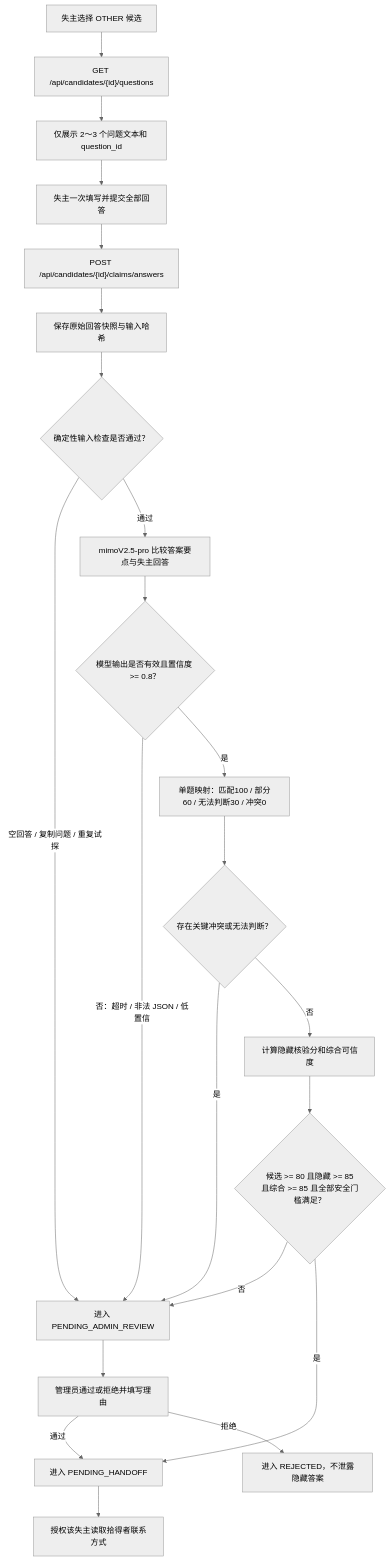
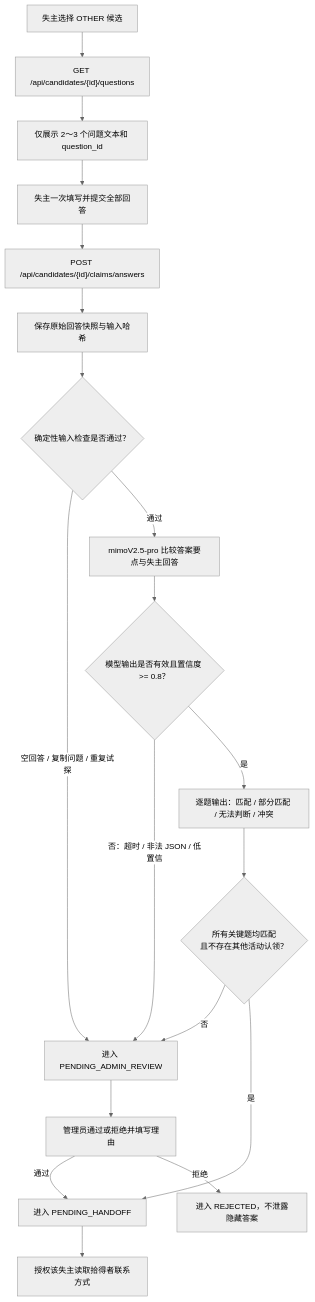
Before and after one commit to xushengyu1/day56-submission: the sixth of 11 diagrams in docs/design/end-to-end-system-design.md, drawn with Mermaid (neutral theme). The commit also changed other lines of this file and 30 other files, not shown here.

````diff
--- a/docs/design/end-to-end-system-design.md
+++ b/docs/design/end-to-end-system-design.md
@@ -708,24 +614,21 @@
 ```mermaid
 flowchart TD
     A["失主选择 OTHER 候选"] --> B["GET /api/candidates/{id}/questions"]
     B --> C["仅展示 2～3 个问题文本和 question_id"]
     C --> D["失主一次填写并提交全部回答"]
     D --> E["POST /api/candidates/{id}/claims/answers"]
     E --> F["保存原始回答快照与输入哈希"]
     F --> G{"确定性输入检查是否通过？"}
     G -- "空回答 / 复制问题 / 重复试探" --> R["进入 PENDING_ADMIN_REVIEW"]
     G -- "通过" --> H["mimoV2.5-pro 比较答案要点与失主回答"]
     H --> I{"模型输出是否有效且置信度 >= 0.8？"}
     I -- "否：超时 / 非法 JSON / 低置信" --> R
-    I -- "是" --> J["单题映射：匹配100 / 部分60 / 无法判断30 / 冲突0"]
-    J --> K{"存在关键冲突或无法判断？"}
-    K -- "是" --> R
-    K -- "否" --> L["计算隐藏核验分和综合可信度"]
-    L --> M{"候选 >= 80 且隐藏 >= 85<br/>且综合 >= 85 且全部安全门槛满足？"}
-    M -- "否" --> R
-    M -- "是" --> N["进入 PENDING_HANDOFF"]
+    I -- "是" --> J["逐题输出：匹配 / 部分匹配 / 无法判断 / 冲突"]
+    J --> K{"所有关键题均匹配<br/>且不存在其他活动认领？"}
+    K -- "否" --> R
+    K -- "是" --> N["进入 PENDING_HANDOFF"]
     N --> O["授权该失主读取拾得者联系方式"]
     R --> P["管理员通过或拒绝并填写理由"]
     P -- "通过" --> N
     P -- "拒绝" --> Q["进入 REJECTED，不泄露隐藏答案"]
 ```
````
